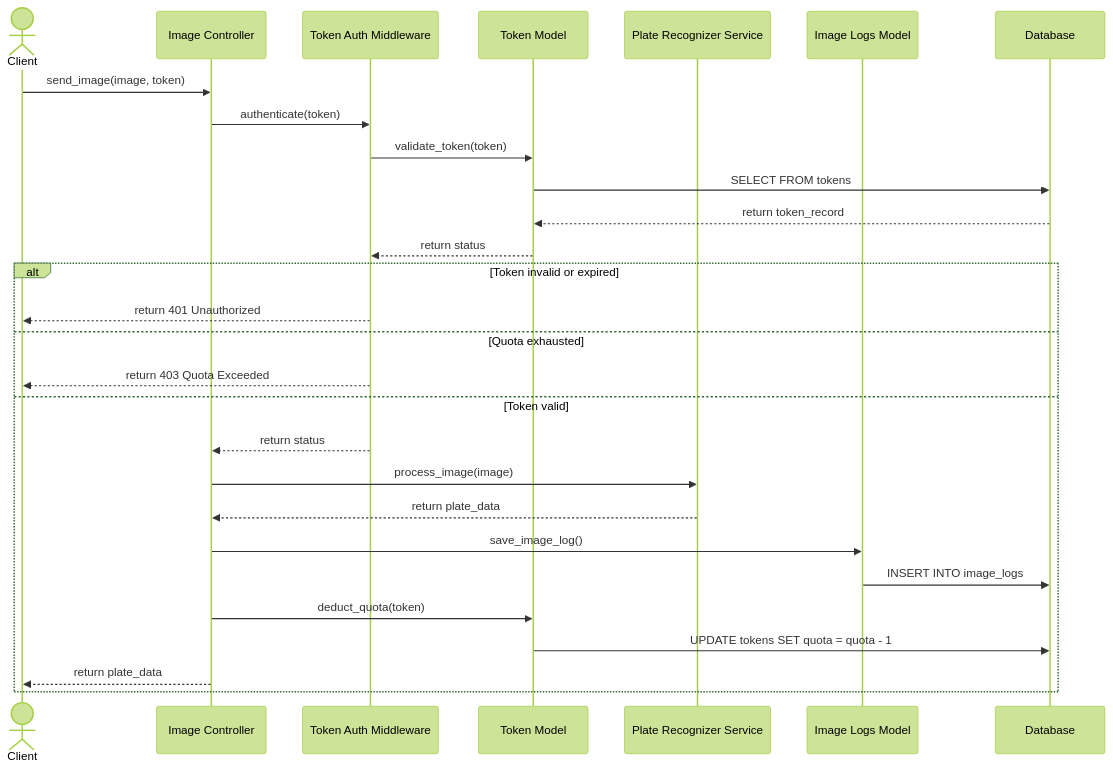
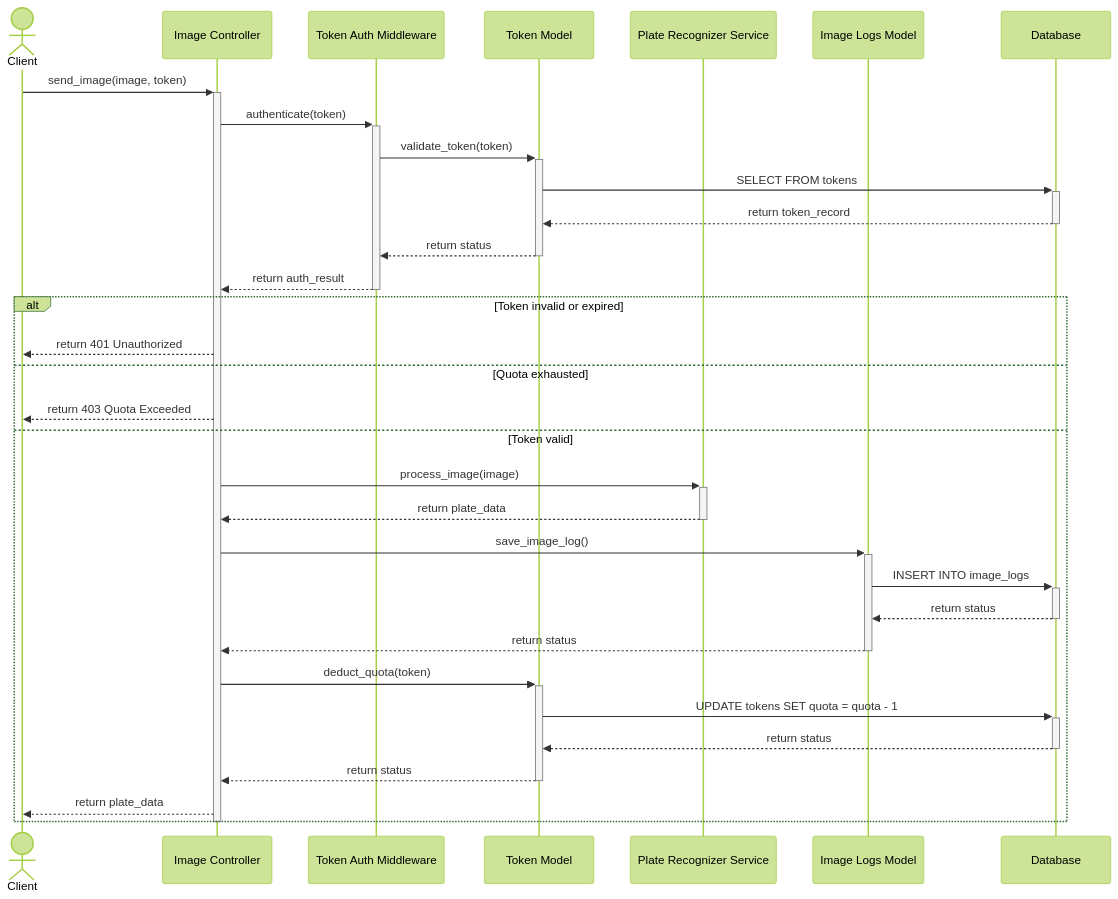
The ninth of 20 diagrams in SYSTEM_DIAGRAMS.md (Tanaphat-Ken/ALPR-V2), drawn with Mermaid (forest theme) before and after one commit. The commit also changed other lines of this file, not shown here.

First line of the commit message:
fix: resolve Mermaid activation bar errors across sequence diagrams

````diff
--- a/SYSTEM_DIAGRAMS.md
+++ b/SYSTEM_DIAGRAMS.md
@@ -351,32 +362,37 @@
 ```mermaid
 sequenceDiagram
     actor Client
     participant ImageController as Image Controller
     participant TAM as Token Auth Middleware
     participant TokenModel as Token Model
     participant PR as Plate Recognizer Service
     participant ImageLogsModel as Image Logs Model
     participant DB as Database
 
-    Client->>ImageController: send_image(image, token)
-    ImageController->>TAM: authenticate(token)
-    TAM->>TokenModel: validate_token(token)
-    TokenModel->>DB: SELECT FROM tokens
-    DB-->>TokenModel: return token_record
-    TokenModel-->>TAM: return status
+    Client->>+ImageController: send_image(image, token)
+    ImageController->>+TAM: authenticate(token)
+    TAM->>+TokenModel: validate_token(token)
+    TokenModel->>+DB: SELECT FROM tokens
+    DB-->>-TokenModel: return token_record
+    TokenModel-->>-TAM: return status
+    TAM-->>-ImageController: return auth_result
 
     alt Token invalid or expired
-        TAM-->>Client: return 401 Unauthorized
+        ImageController-->>Client: return 401 Unauthorized
     else Quota exhausted
-        TAM-->>Client: return 403 Quota Exceeded
+        ImageController-->>Client: return 403 Quota Exceeded
     else Token valid
-        TAM-->>ImageController: return status
-        ImageController->>PR: process_image(image)
-        PR-->>ImageController: return plate_data
-        ImageController->>ImageLogsModel: save_image_log()
-        ImageLogsModel->>DB: INSERT INTO image_logs
-        ImageController->>TokenModel: deduct_quota(token)
-        TokenModel->>DB: UPDATE tokens SET quota = quota - 1
+        ImageController->>+PR: process_image(image)
+        PR-->>-ImageController: return plate_data
+        ImageController->>+ImageLogsModel: save_image_log()
+        ImageLogsModel->>+DB: INSERT INTO image_logs
+        DB-->>-ImageLogsModel: return status
+        ImageLogsModel-->>-ImageController: return status
+        ImageController->>+TokenModel: deduct_quota(token)
+        TokenModel->>+DB: UPDATE tokens SET quota = quota - 1
+        DB-->>-TokenModel: return status
+        TokenModel-->>-ImageController: return status
         ImageController-->>Client: return plate_data
     end
+    deactivate ImageController
 ```
````
